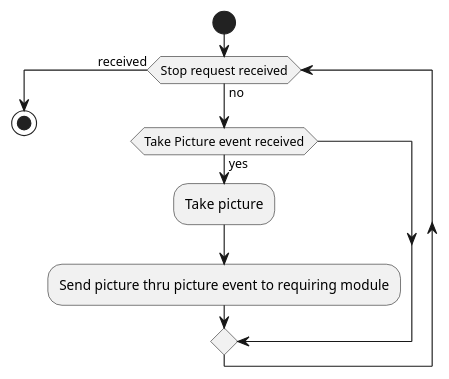
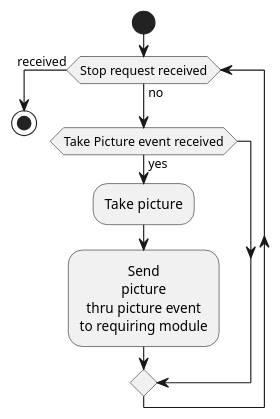
The diagram in diagrams/camera/cameraMainLoop.plantuml (rantonet/raspiscope-python), drawn with PlantUML before and after one commit. The commit also changed 8 other files, not shown here.

```diff
--- a/diagrams/camera/cameraMainLoop.plantuml
+++ b/diagrams/camera/cameraMainLoop.plantuml
@@ -1,10 +1,13 @@
 @startuml Camera Main Loop
+<style>
+element{ HorizontalAlignment:center; }
+</style>
 start
 while (Stop request received) is (no)
     if (Take Picture event received) then (yes)
         :Take picture;
-        :Send picture thru picture event to requiring module;
+        :Send\npicture\nthru picture event\nto requiring module;
     endif
 endwhile (received)
 stop
 @enduml
```
